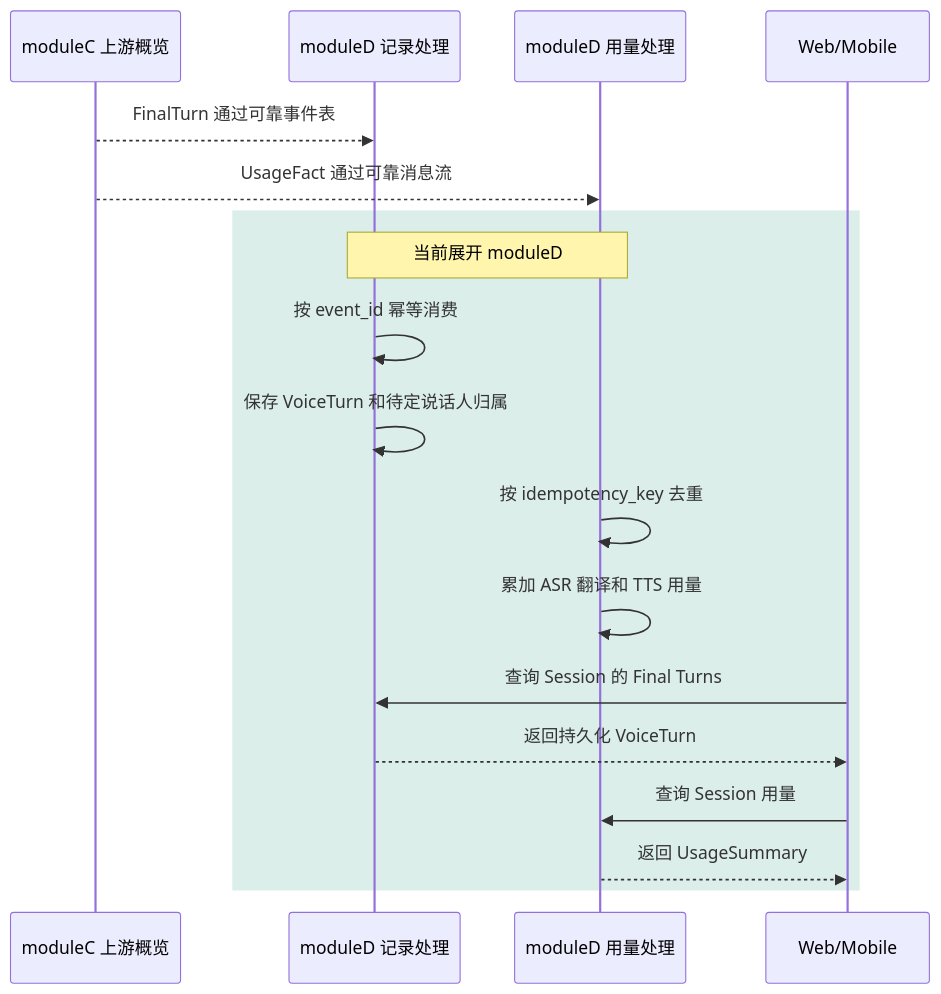
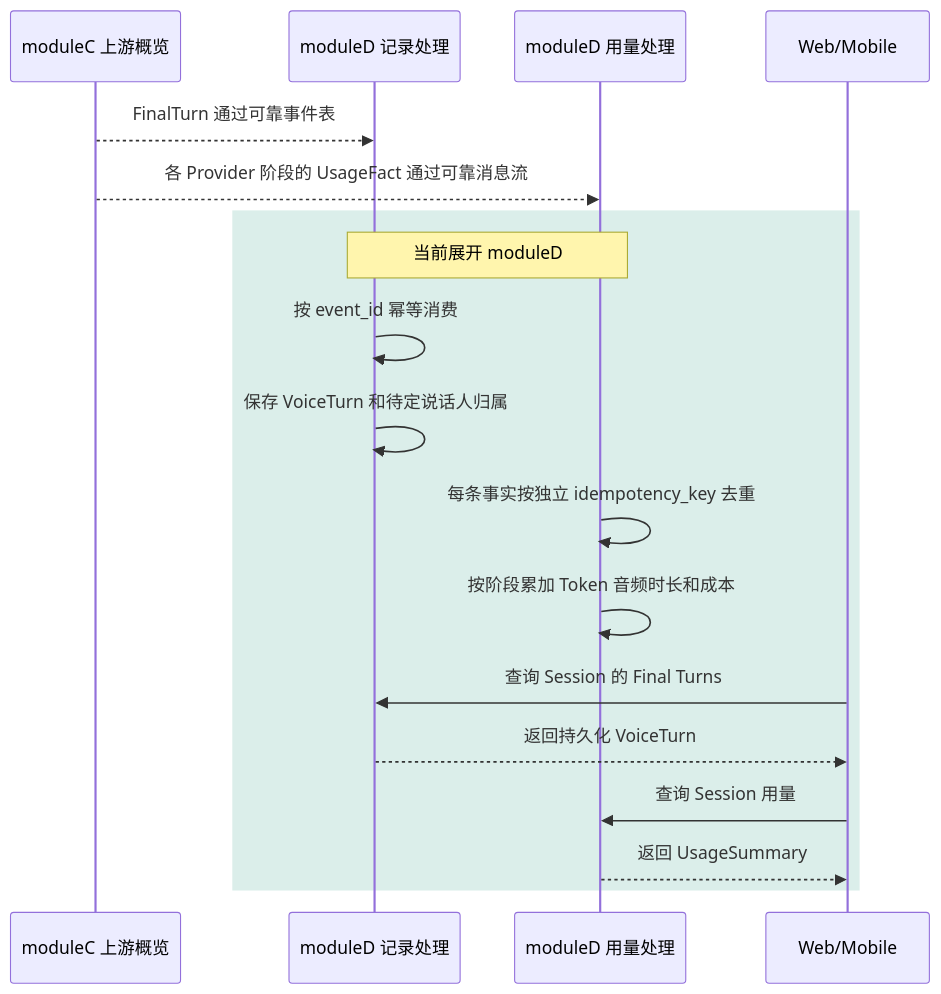
The fifth of 6 diagrams in docs/USER_STORY_ARCHITECTURE_FLOW.md (Gwen317/xe6-tsy), drawn with Mermaid before and after one commit. The commit also changed other lines of this file, not shown here.

Commit message:
docs(architecture): align usage event flow with contracts

````diff
--- a/docs/USER_STORY_ARCHITECTURE_FLOW.md
+++ b/docs/USER_STORY_ARCHITECTURE_FLOW.md
@@ -305,21 +344,21 @@
 ```mermaid
 sequenceDiagram
     participant C as moduleC 上游概览
     participant Records as moduleD 记录处理
     participant Usage as moduleD 用量处理
     participant Client as Web/Mobile
 
     C-->>Records: FinalTurn 通过可靠事件表
-    C-->>Usage: UsageFact 通过可靠消息流
+    C-->>Usage: 各 Provider 阶段的 UsageFact 通过可靠消息流
     rect rgba(36, 150, 125, 0.16)
         Note over Records,Usage: 当前展开 moduleD
         Records->>Records: 按 event_id 幂等消费
         Records->>Records: 保存 VoiceTurn 和待定说话人归属
-        Usage->>Usage: 按 idempotency_key 去重
-        Usage->>Usage: 累加 ASR 翻译和 TTS 用量
+        Usage->>Usage: 每条事实按独立 idempotency_key 去重
+        Usage->>Usage: 按阶段累加 Token 音频时长和成本
         Client->>Records: 查询 Session 的 Final Turns
         Records-->>Client: 返回持久化 VoiceTurn
         Client->>Usage: 查询 Session 用量
         Usage-->>Client: 返回 UsageSummary
     end
 ```
````
